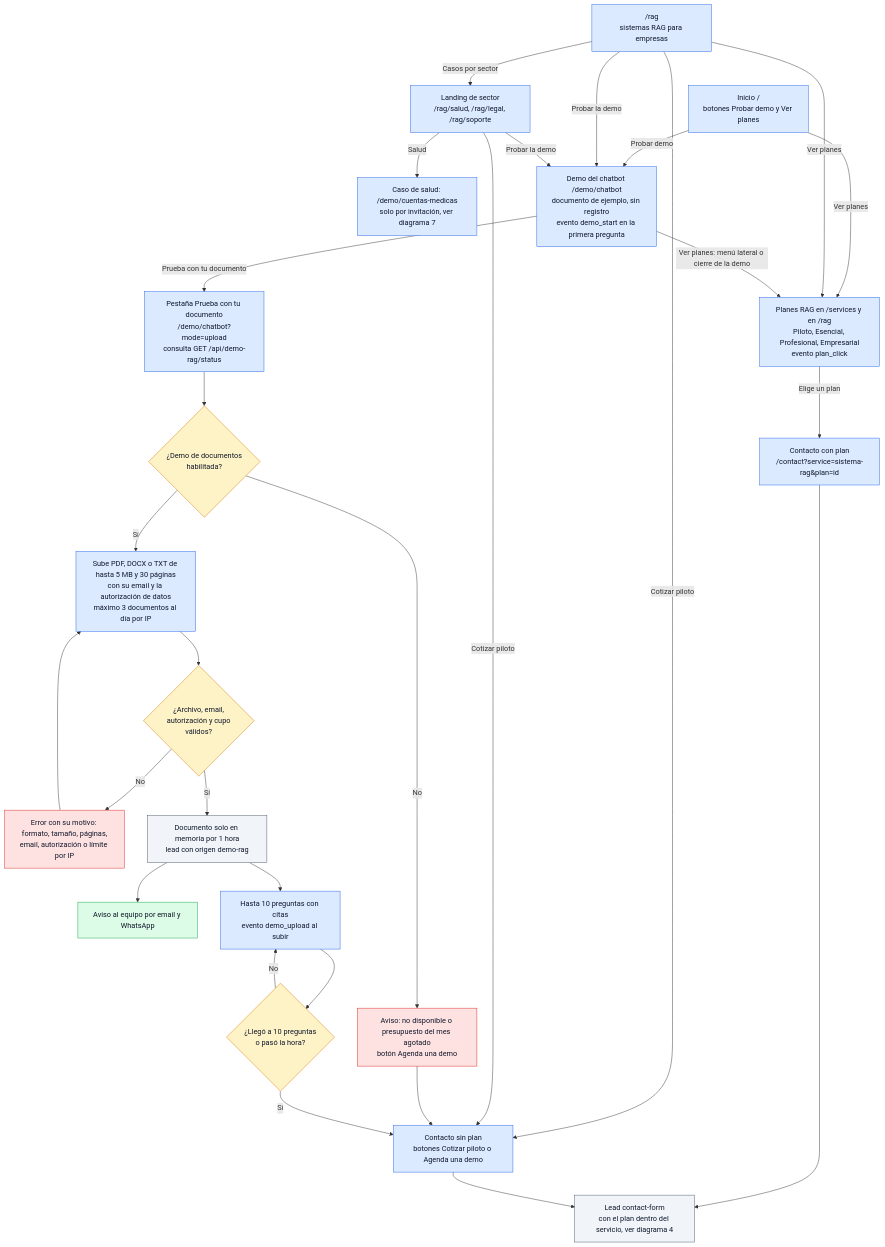
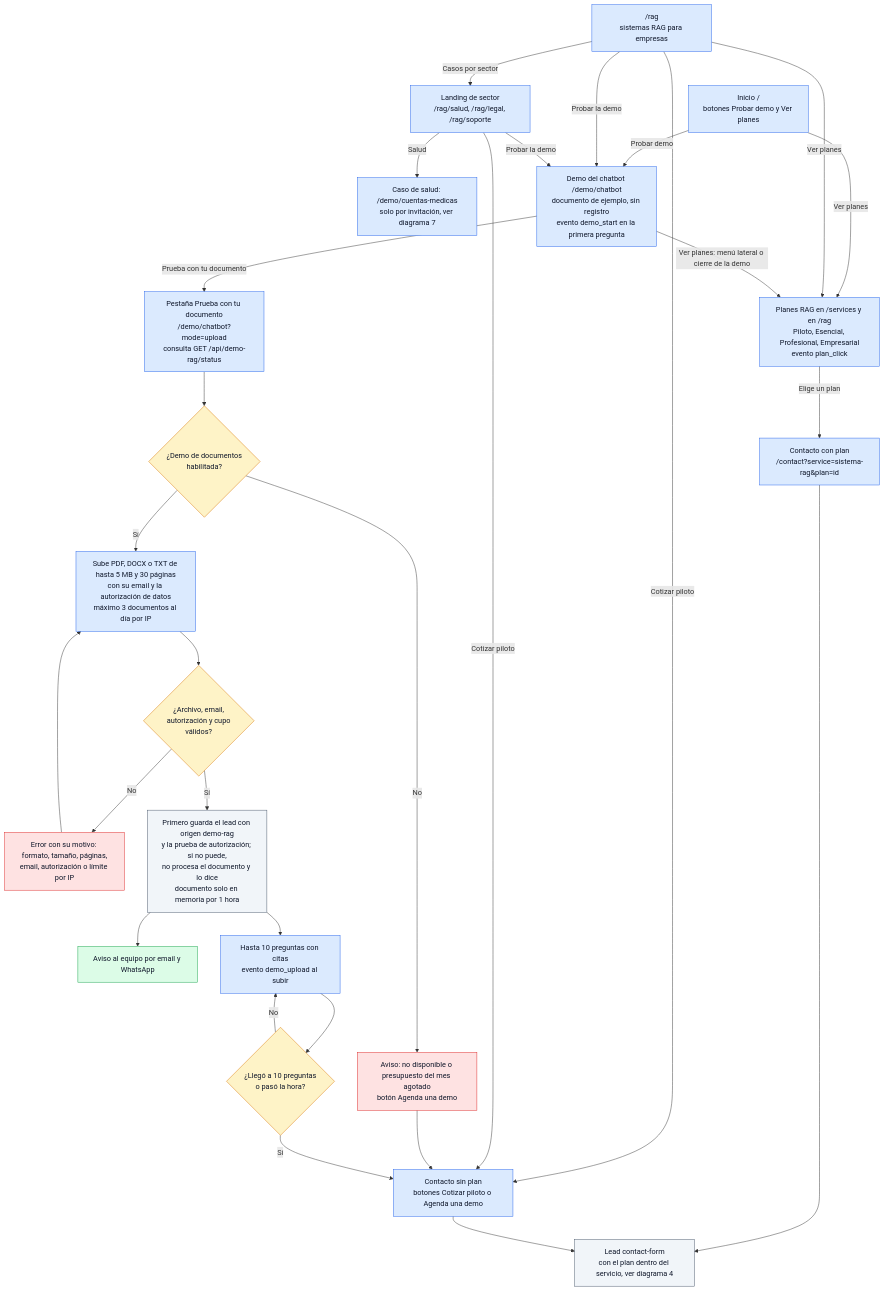
The second of 18 diagrams in docs/wiki/Doc-14-1-Flujos-de-Negocio.md (ronalc90/koptup), drawn with Mermaid before and after one commit. The commit also changed other lines of this file and 90 other files, not shown here.

````diff
--- a/docs/wiki/Doc-14-1-Flujos-de-Negocio.md
+++ b/docs/wiki/Doc-14-1-Flujos-de-Negocio.md
@@ -108,52 +108,52 @@
 ```mermaid
 flowchart TD
     classDef visitante fill:#dbeafe,stroke:#2563eb,color:#0f172a
     classDef sistema fill:#f1f5f9,stroke:#475569,color:#0f172a
     classDef admin fill:#f3e8ff,stroke:#9333ea,color:#0f172a
     classDef aviso fill:#dcfce7,stroke:#16a34a,color:#0f172a
     classDef decision fill:#fef3c7,stroke:#d97706,color:#0f172a
     classDef error fill:#fee2e2,stroke:#dc2626,color:#0f172a
     classDef externo fill:#fdf4ff,stroke:#c026d3,color:#0f172a
 
     E1["Inicio /<br/>botones Probar demo y Ver planes"]:::visitante
     E2["/rag<br/>sistemas RAG para empresas"]:::visitante
     E3["Landing de sector<br/>/rag/salud, /rag/legal, /rag/soporte"]:::visitante
     E4["Caso de salud: /demo/cuentas-medicas<br/>solo por invitación, ver diagrama 7"]:::visitante
     DM["Demo del chatbot /demo/chatbot<br/>documento de ejemplo, sin registro<br/>evento demo_start en la primera pregunta"]:::visitante
     UP["Pestaña Prueba con tu documento<br/>/demo/chatbot?mode=upload<br/>consulta GET /api/demo-rag/status"]:::visitante
     Q1{"¿Demo de documentos<br/>habilitada?"}:::decision
     ER1["Aviso: no disponible o presupuesto del mes agotado<br/>botón Agenda una demo"]:::error
     F1["Sube PDF, DOCX o TXT de hasta 5 MB y 30 páginas<br/>con su email y la autorización de datos<br/>máximo 3 documentos al día por IP"]:::visitante
     Q2{"¿Archivo, email,<br/>autorización y cupo<br/>válidos?"}:::decision
     ER2["Error con su motivo: formato, tamaño, páginas,<br/>email, autorización o límite por IP"]:::error
-    S1["Documento solo en memoria por 1 hora<br/>lead con origen demo-rag"]:::sistema
+    S1["Primero guarda el lead con origen demo-rag<br/>y la prueba de autorización; si no puede,<br/>no procesa el documento y lo dice<br/>documento solo en memoria por 1 hora"]:::sistema
     N1["Aviso al equipo por email y WhatsApp"]:::aviso
     CH["Hasta 10 preguntas con citas<br/>evento demo_upload al subir"]:::visitante
     Q3{"¿Llegó a 10 preguntas<br/>o pasó la hora?"}:::decision
     PL["Planes RAG en /services y en /rag<br/>Piloto, Esencial, Profesional, Empresarial<br/>evento plan_click"]:::visitante
     CT["Contacto con plan<br/>/contact?service=sistema-rag&plan=id"]:::visitante
     CP["Contacto sin plan<br/>botones Cotizar piloto o Agenda una demo"]:::visitante
     LD["Lead contact-form<br/>con el plan dentro del servicio, ver diagrama 4"]:::sistema
 
     E1 -->|Probar demo| DM
     E1 -->|Ver planes| PL
     E2 -->|Probar la demo| DM
     E2 -->|Ver planes| PL
     E2 -->|Casos por sector| E3
     E2 -->|Cotizar piloto| CP
     E3 -->|Probar la demo| DM
     E3 -->|Salud| E4
     E3 -->|Cotizar piloto| CP
     DM -->|Prueba con tu documento| UP --> Q1
     DM -->|Ver planes: menú lateral o cierre de la demo| PL
     Q1 -->|No| ER1 --> CP
     Q1 -->|Sí| F1 --> Q2
     Q2 -->|No| ER2 --> F1
     Q2 -->|Sí| S1 --> CH
     S1 --> N1
     CH --> Q3
     Q3 -->|No| CH
     Q3 -->|Sí| CP
     PL -->|Elige un plan| CT --> LD
     CP --> LD
 ```
````
